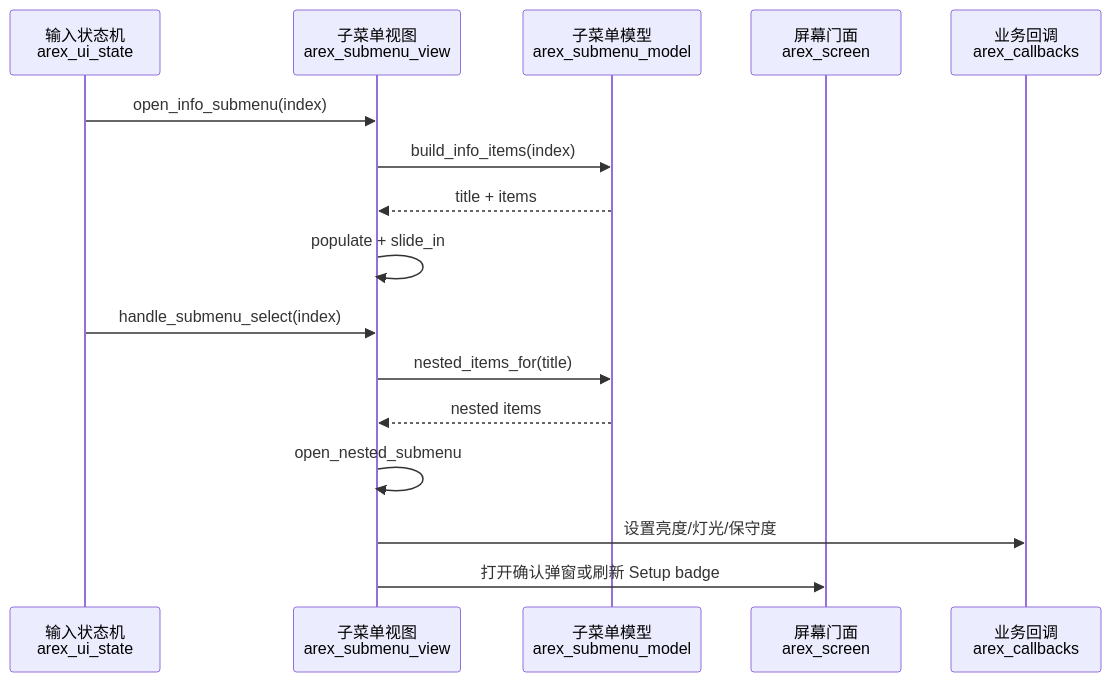
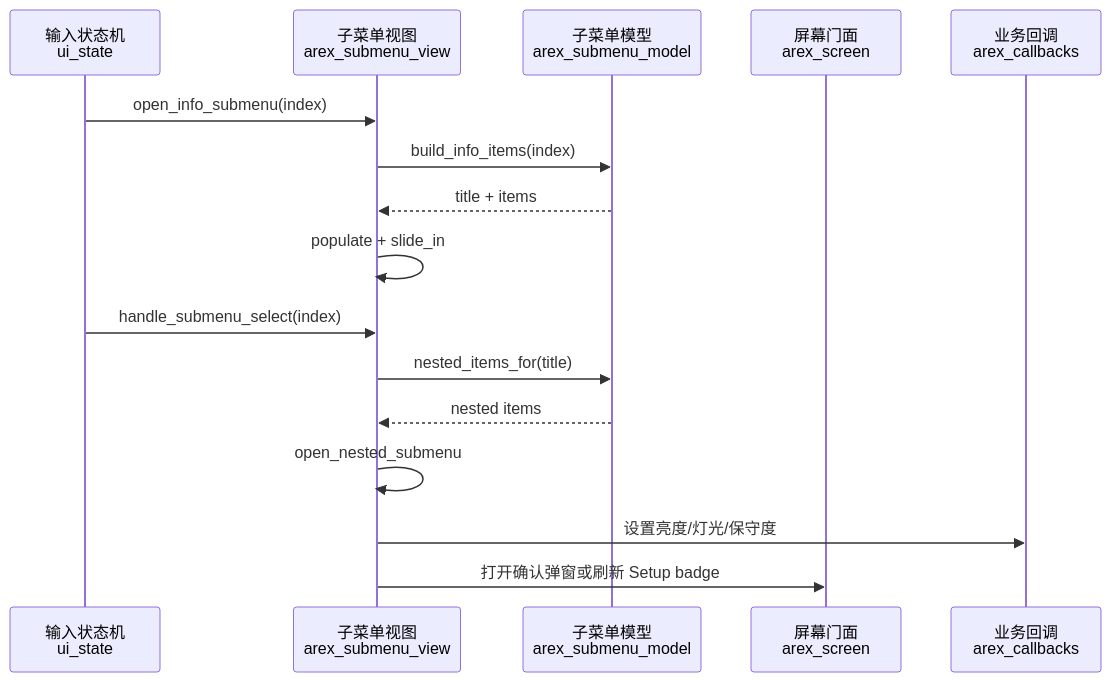
The fourth of 6 diagrams in UI_html_DOC/AREX_UI_MODULE_MAP.md (arexvision/lv_port_win_codeblocks-release-v8.3_hasGroup), drawn with Mermaid before and after one commit. The commit also changed other lines of this file and 107 other files, not shown here.

````diff
--- a/UI_html_DOC/AREX_UI_MODULE_MAP.md
+++ b/UI_html_DOC/AREX_UI_MODULE_MAP.md
@@ -94,21 +94,21 @@
 ```mermaid
 sequenceDiagram
-    participant Input as 输入状态机<br/>arex_ui_state
+    participant Input as 输入状态机<br/>ui_state
     participant View as 子菜单视图<br/>arex_submenu_view
     participant Model as 子菜单模型<br/>arex_submenu_model
     participant Screen as 屏幕门面<br/>arex_screen
     participant Callback as 业务回调<br/>arex_callbacks
 
     Input->>View: open_info_submenu(index)
     View->>Model: build_info_items(index)
     Model-->>View: title + items
     View->>View: populate + slide_in
 
     Input->>View: handle_submenu_select(index)
     View->>Model: nested_items_for(title)
     Model-->>View: nested items
     View->>View: open_nested_submenu
 
     View->>Callback: 设置亮度/灯光/保守度
     View->>Screen: 打开确认弹窗或刷新 Setup badge
 ```
````
